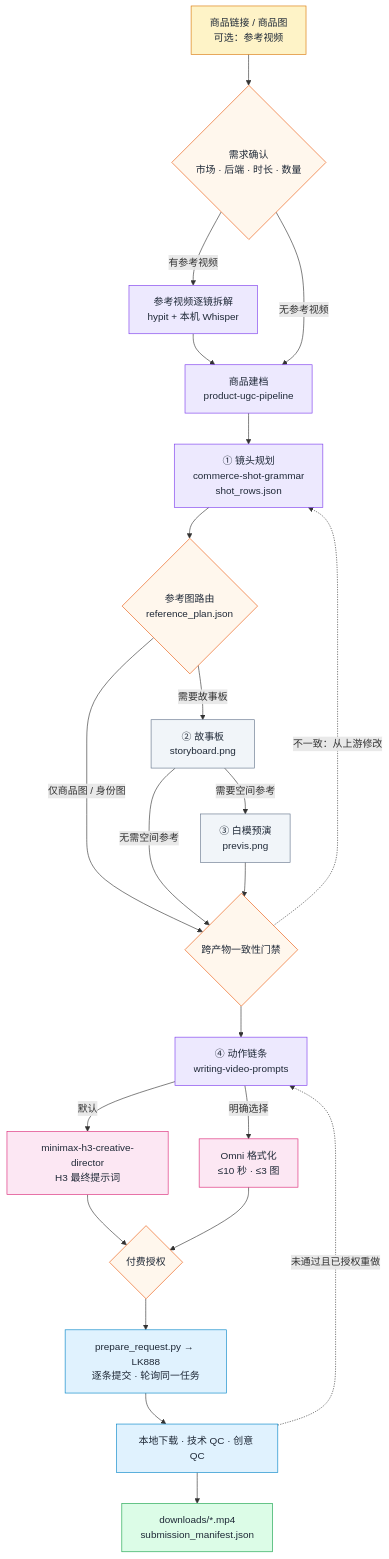
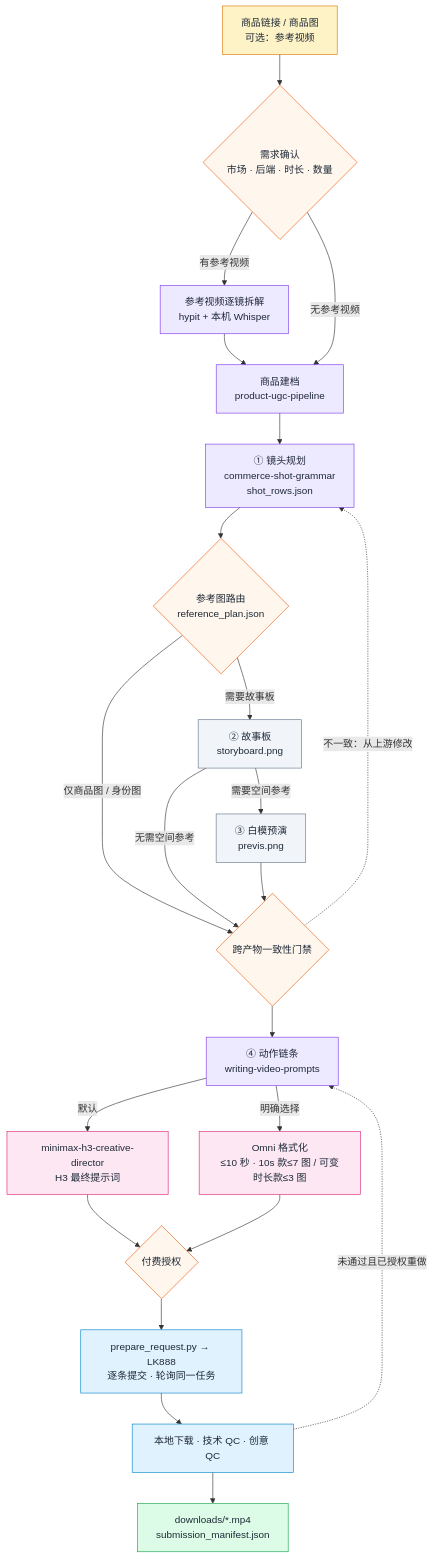
One commit to peipeijiang/ad-muse changed the diagram in README.md. Above: the diagram before and after it, drawn with Mermaid. The commit also changed other lines of this file and 5 other files, not shown here.

````diff
--- a/README.md
+++ b/README.md
@@ -30,42 +30,42 @@
 ```mermaid
 flowchart TD
   IN["商品链接 / 商品图<br/>可选：参考视频"]:::input
   G1{"需求确认<br/>市场 · 后端 · 时长 · 数量"}:::gate
   HY["参考视频逐镜拆解<br/>hypit + 本机 Whisper"]:::skill
   PUP["商品建档<br/>product-ugc-pipeline"]:::skill
   CSG["① 镜头规划<br/>commerce-shot-grammar<br/>shot_rows.json"]:::skill
   RT{"参考图路由<br/>reference_plan.json"}:::gate
   SB["② 故事板<br/>storyboard.png"]:::artifact
   PV["③ 白模预演<br/>previs.png"]:::artifact
   XQC{"跨产物一致性门禁"}:::gate
   WVP["④ 动作链条<br/>writing-video-prompts"]:::skill
   H3D["minimax-h3-creative-director<br/>H3 最终提示词"]:::model
-  OMF["Omni 格式化<br/>≤10 秒 · ≤3 图"]:::model
+  OMF["Omni 格式化<br/>≤10 秒 · 10s 款≤7 图 / 可变时长款≤3 图"]:::model
   G2{"付费授权"}:::gate
   SUB["prepare_request.py → LK888<br/>逐条提交 · 轮询同一任务"]:::tool
   QC["本地下载 · 技术 QC · 创意 QC"]:::tool
   OUT["downloads/*.mp4<br/>submission_manifest.json"]:::output
 
   IN --> G1
   G1 -->|有参考视频| HY --> PUP
   G1 -->|无参考视频| PUP
   PUP --> CSG --> RT
   RT -->|仅商品图 / 身份图| XQC
   RT -->|需要故事板| SB
   SB -->|无需空间参考| XQC
   SB -->|需要空间参考| PV --> XQC
   XQC -.不一致：从上游修改.-> CSG
   XQC --> WVP
   WVP -->|默认| H3D --> G2
   WVP -->|明确选择| OMF --> G2
   G2 --> SUB --> QC --> OUT
   QC -.未通过且已授权重做.-> WVP
 
   classDef input fill:#fef3c7,stroke:#d97706,color:#1f2937
   classDef skill fill:#ede9fe,stroke:#7c3aed,color:#1f2937
   classDef tool fill:#e0f2fe,stroke:#0284c7,color:#1f2937
   classDef model fill:#fce7f3,stroke:#db2777,color:#1f2937
   classDef gate fill:#fff7ed,stroke:#ea580c,color:#1f2937
   classDef artifact fill:#f1f5f9,stroke:#64748b,color:#1f2937
   classDef output fill:#dcfce7,stroke:#16a34a,color:#1f2937
 ```
````
